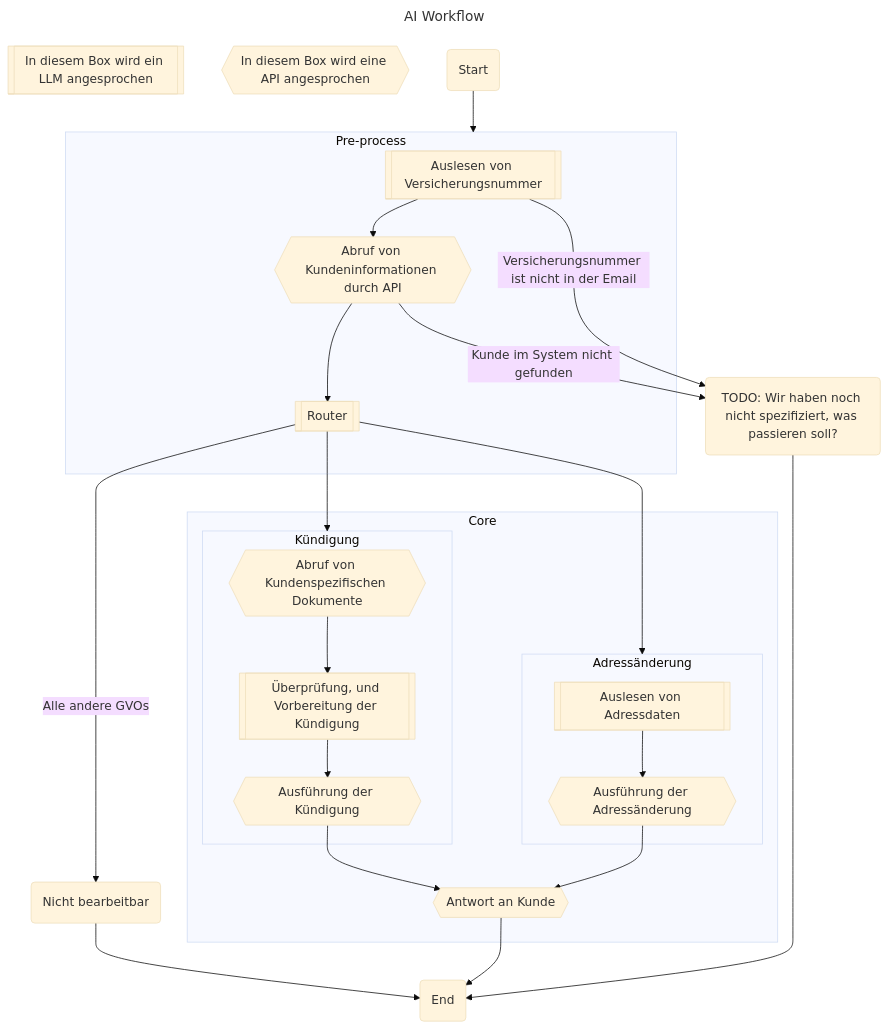
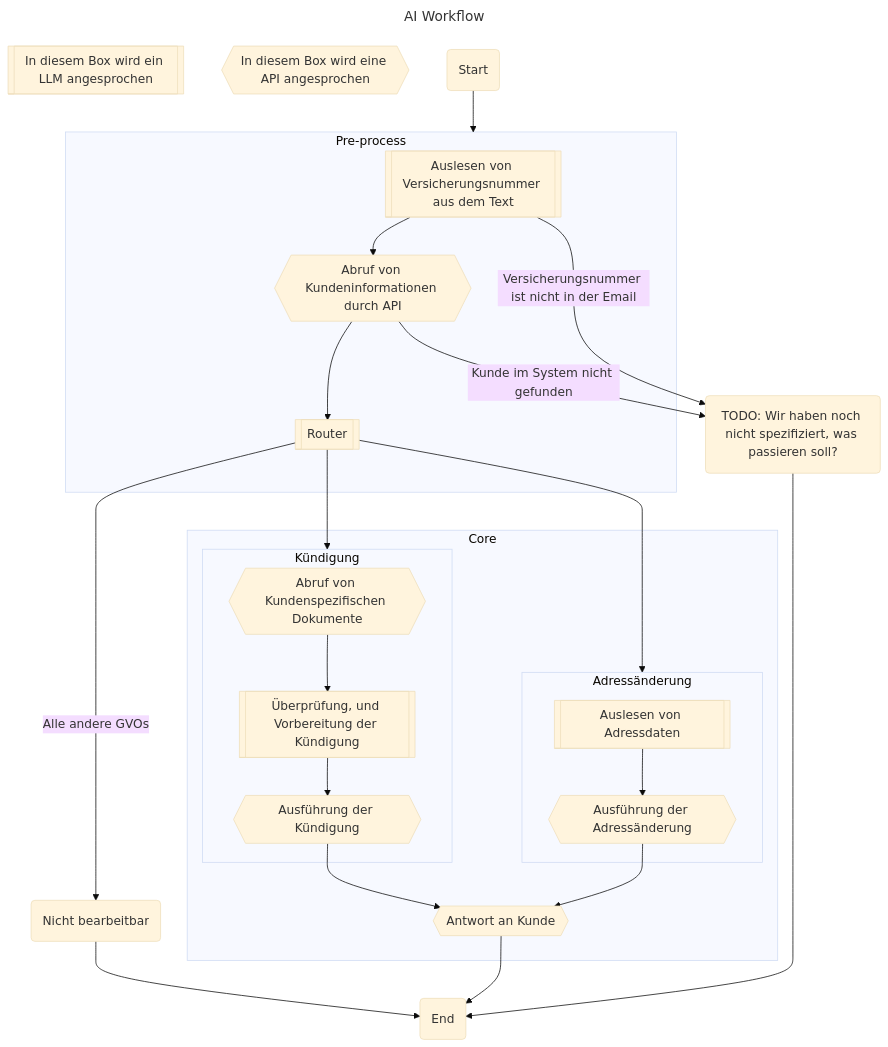
Before and after one commit to FausztBenedek/fcb-presentation-ki-workflow: the diagram in workflow.mermaid, drawn with Mermaid. The commit also changed 4 other files, not shown here.

```diff
--- a/workflow.mermaid
+++ b/workflow.mermaid
@@ -1,73 +1,72 @@
 ---
 title: AI Workflow
 config:
   theme: 'base'
   themeVariables:
     background: #f8f5f4
   themeCSS: |
     .default polygon, .default rect {
       fill: #283149 !important;
       stroke: white !important;
     }
     
     .default:hover polygon, .default:hover rect, .default p:hover {
       fill: blue !important;
       stroke: white !important;
       cursor: pointer !important;
     }
     .default p {
       color: white !important;
     }
     .edgeLabel p {
       background-color: #ffffff !important;
     }
     .cluster rect {
       stroke: black;
       fill: white !important;
     }
 
 ---
 graph TD
     %% Explanations:
     llm[[In diesem Box wird ein LLM angesprochen]]
     api_call{{In diesem Box wird eine API angesprochen}}
 
     __START__(Start)
     __START__ --> Pre-process
     subgraph Pre-process
-        customer_data_extract[["Auslesen von Versicherungsnummer"]]
-        class customer_data_extract customer_data_extract
+        customer_data_extract[["Auslesen von Versicherungsnummer aus dem Text"]]
         fetch_customer_details{{"Abruf von Kundeninformationen durch API"}}
         router[["Router"]]
         customer_data_extract --> fetch_customer_details
         fetch_customer_details --> router
     end
     router -->|Alle andere GVOs| uncovered
     router --> Kündigung
     router --> Adressänderung
     subgraph Core
         subgraph Kündigung
             fetch_customer_documents{{"Abruf von Kundenspezifischen Dokumente"}}
             termination_execute_prep[["Überprüfung, und Vorbereitung der Kündigung"]]
             termination_execute{{"Ausführung der Kündigung"}}
             fetch_customer_documents --> termination_execute_prep
             termination_execute_prep --> termination_execute
         end
         termination_execute --> answer
 
         subgraph Adressänderung
             address_data_extract[["Auslesen von Adressdaten"]]
             address_change_execute{{"Ausführung der Adressänderung"}}
             address_data_extract --> address_change_execute
         end
         address_change_execute --> answer
 
     end
     answer{{"Antwort an Kunde"}}
     todo_node("TODO: Wir haben noch nicht spezifiziert, was passieren soll?")
     fetch_customer_details --> |"Kunde im System nicht gefunden"|todo_node
     customer_data_extract --> |"Versicherungsnummer ist nicht in der Email"|todo_node
     answer --> __END__
     todo_node --> __END__
     __END__(End)
     uncovered("Nicht bearbeitbar") --> __END__;
```
